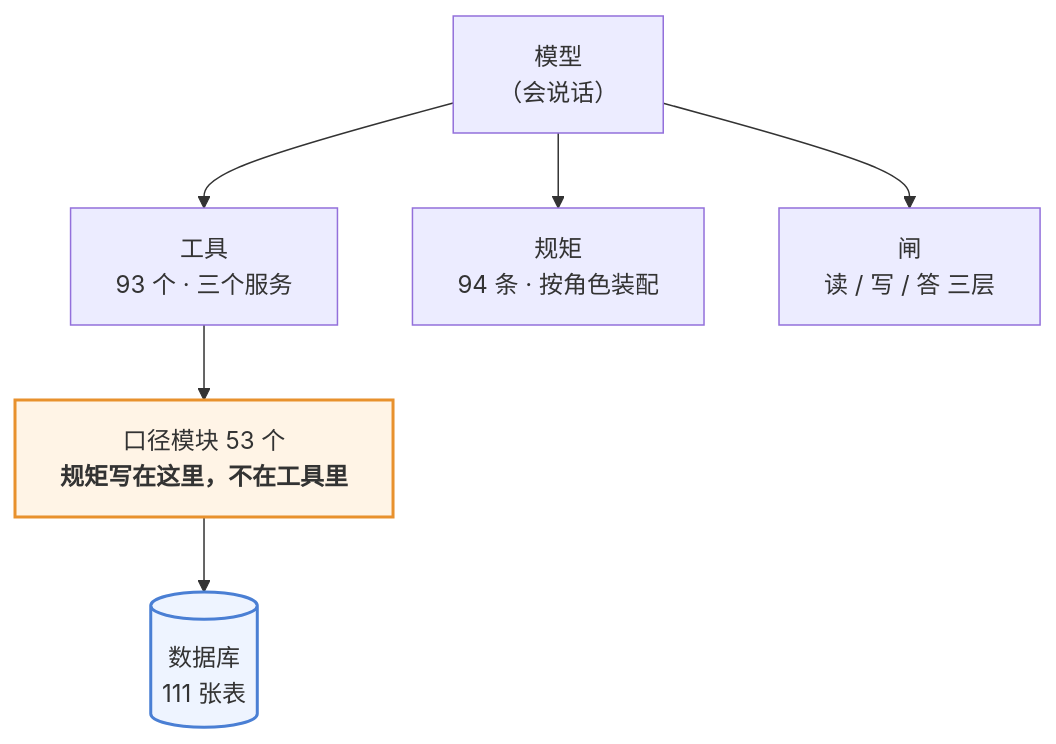
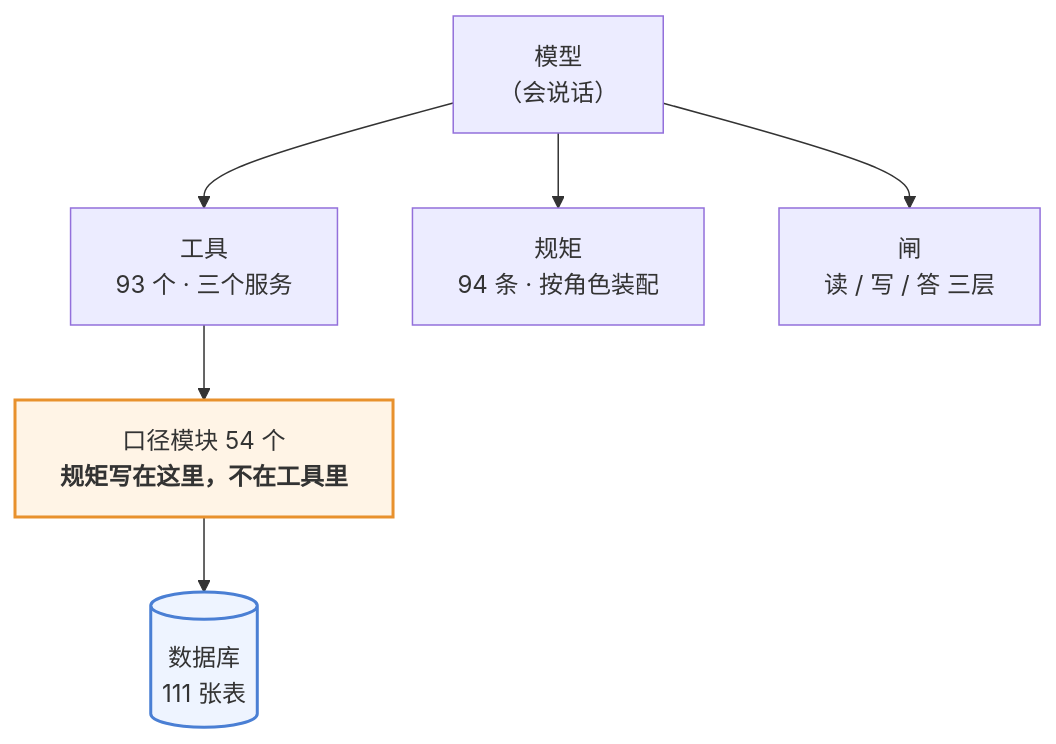
The first of 3 diagrams in 澜绣云裳agent-产品说明.md (843773296-rgb/lanxiu-yunshang-agent), drawn with Mermaid before and after one commit. The commit also changed other lines of this file and 3 other files, not shown here.

First line of the commit message:
口径模块 53 → 54:回测口径那份也被工具层真调,架构图里的数要跟着代码走

````diff
--- a/澜绣云裳agent-产品说明.md
+++ b/澜绣云裳agent-产品说明.md
@@ -62,12 +62,12 @@
 ```mermaid
 flowchart TD
     M["模型<br/>（会说话）"]
     M --> T["工具<br/>93 个 · 三个服务"]
     M --> R["规矩<br/>94 条 · 按角色装配"]
     M --> G["闸<br/>读 / 写 / 答 三层"]
-    T --> K["口径模块 53 个<br/><b>规矩写在这里，不在工具里</b>"]
+    T --> K["口径模块 54 个<br/><b>规矩写在这里，不在工具里</b>"]
     K --> DB[("数据库<br/>111 张表")]
 
     style K fill:#fff4e6,stroke:#e8912d,stroke-width:2px
     style DB fill:#eef4ff,stroke:#4a7fd4,stroke-width:2px
 ```
````
